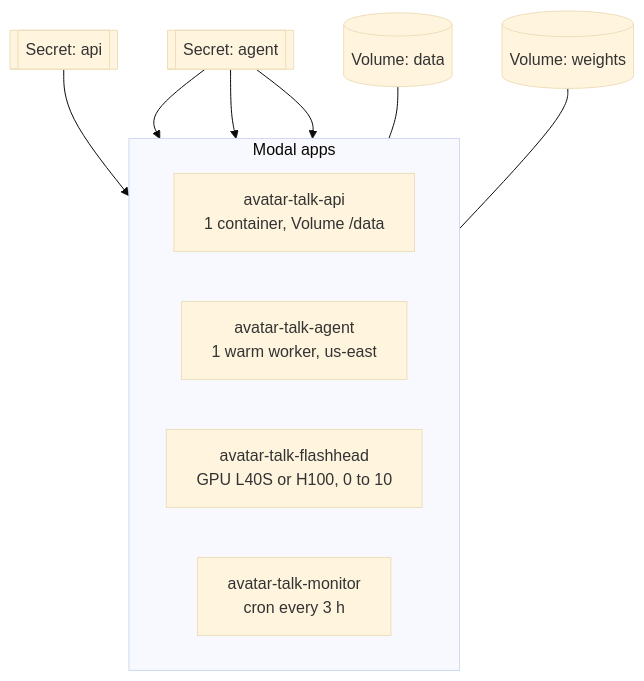
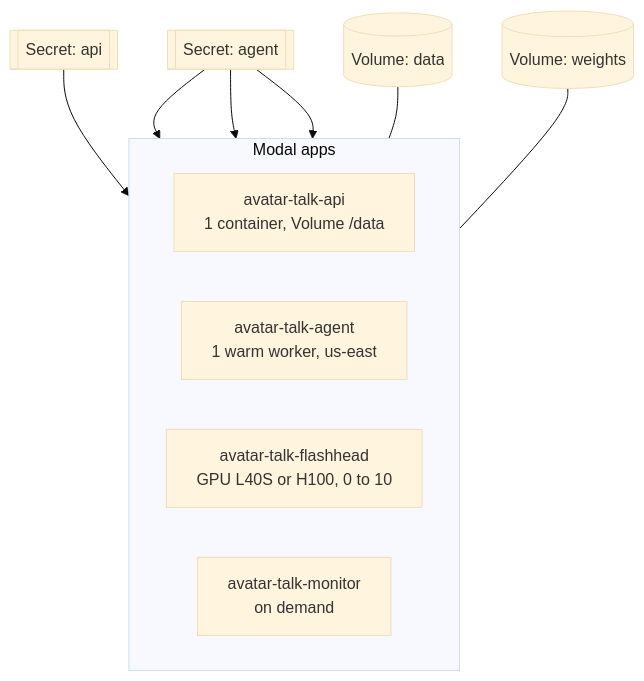
The third of 3 diagrams in docs/REPORT.md (observer04/avatar-talk), drawn with Mermaid (base theme) before and after one commit. The commit also changed other lines of this file and 5 other files, not shown here.

````diff
--- a/docs/REPORT.md
+++ b/docs/REPORT.md
@@ -196,14 +196,14 @@
 ```mermaid
 flowchart TB
     subgraph Apps["Modal apps"]
         direction LR
         A1["avatar-talk-api<br/>1 container, Volume /data"]
         A2["avatar-talk-agent<br/>1 warm worker, us-east"]
         A3["avatar-talk-flashhead<br/>GPU L40S or H100, 0 to 10"]
-        A4["avatar-talk-monitor<br/>cron every 3 h"]
+        A4["avatar-talk-monitor<br/>on demand"]
     end
     S1[["Secret: api"]] --> A1
     S2[["Secret: agent"]] --> A2 & A3 & A4
     V1[("Volume: data")] --- A1
     V2[("Volume: weights")] --- A3
 ```
````
